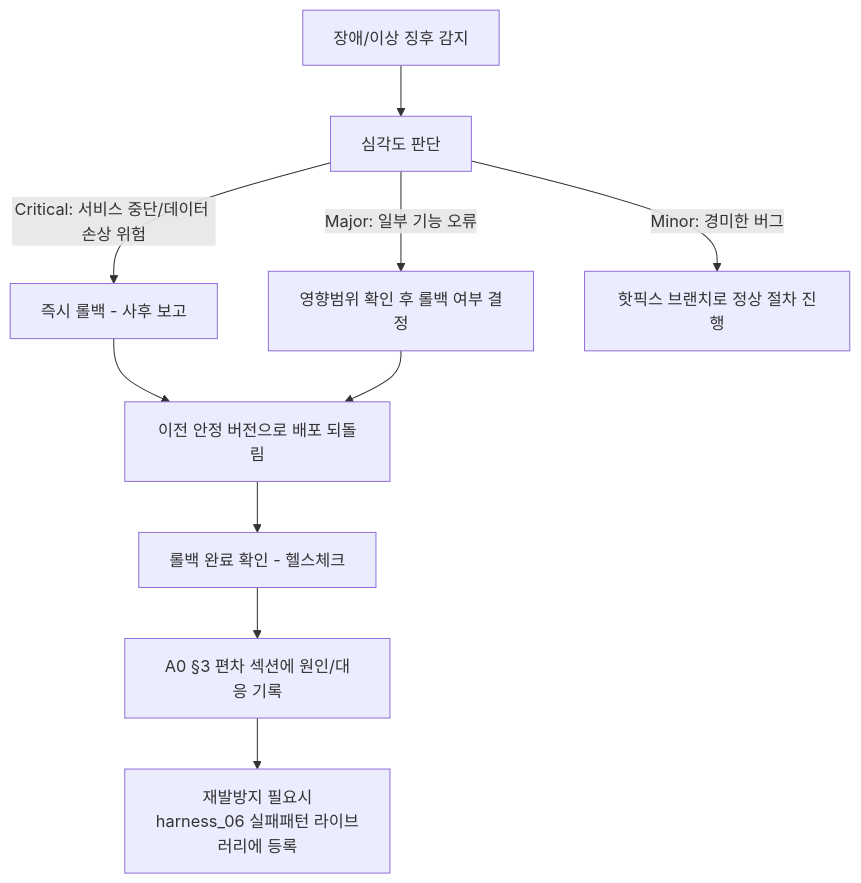
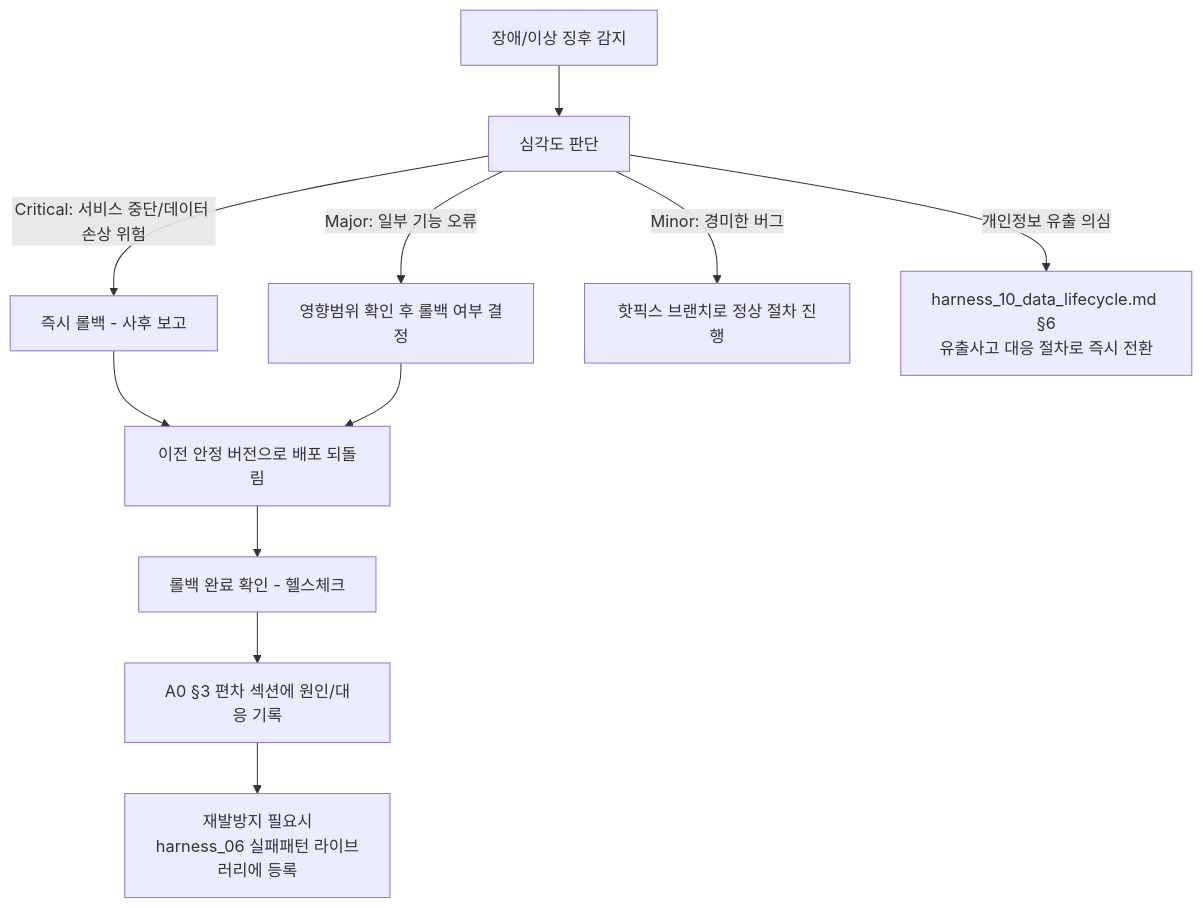
The third of 3 diagrams in harness/harness_09_deployment_runbook.md (jcs19752510-ui/HARNESS_BASIC), drawn with Mermaid before and after one commit. The commit also changed other lines of this file and 13 other files, not shown here.

````diff
--- a/harness/harness_09_deployment_runbook.md
+++ b/harness/harness_09_deployment_runbook.md
@@ -52,12 +90,13 @@
 ```mermaid
 flowchart TD
     A[장애/이상 징후 감지] --> B[심각도 판단]
     B -->|Critical: 서비스 중단/데이터 손상 위험| C[즉시 롤백 - 사후 보고]
     B -->|Major: 일부 기능 오류| D[영향범위 확인 후 롤백 여부 결정]
     B -->|Minor: 경미한 버그| E[핫픽스 브랜치로 정상 절차 진행]
+    B -->|개인정보 유출 의심| Z["harness_10_data_lifecycle.md §6<br/>유출사고 대응 절차로 즉시 전환"]
     C --> F[이전 안정 버전으로 배포 되돌림]
     D --> F
     F --> G[롤백 완료 확인 - 헬스체크]
     G --> H[A0 §3 편차 섹션에 원인/대응 기록]
     H --> I["재발방지 필요시<br/>harness_06 실패패턴 라이브러리에 등록"]
 ```
````
